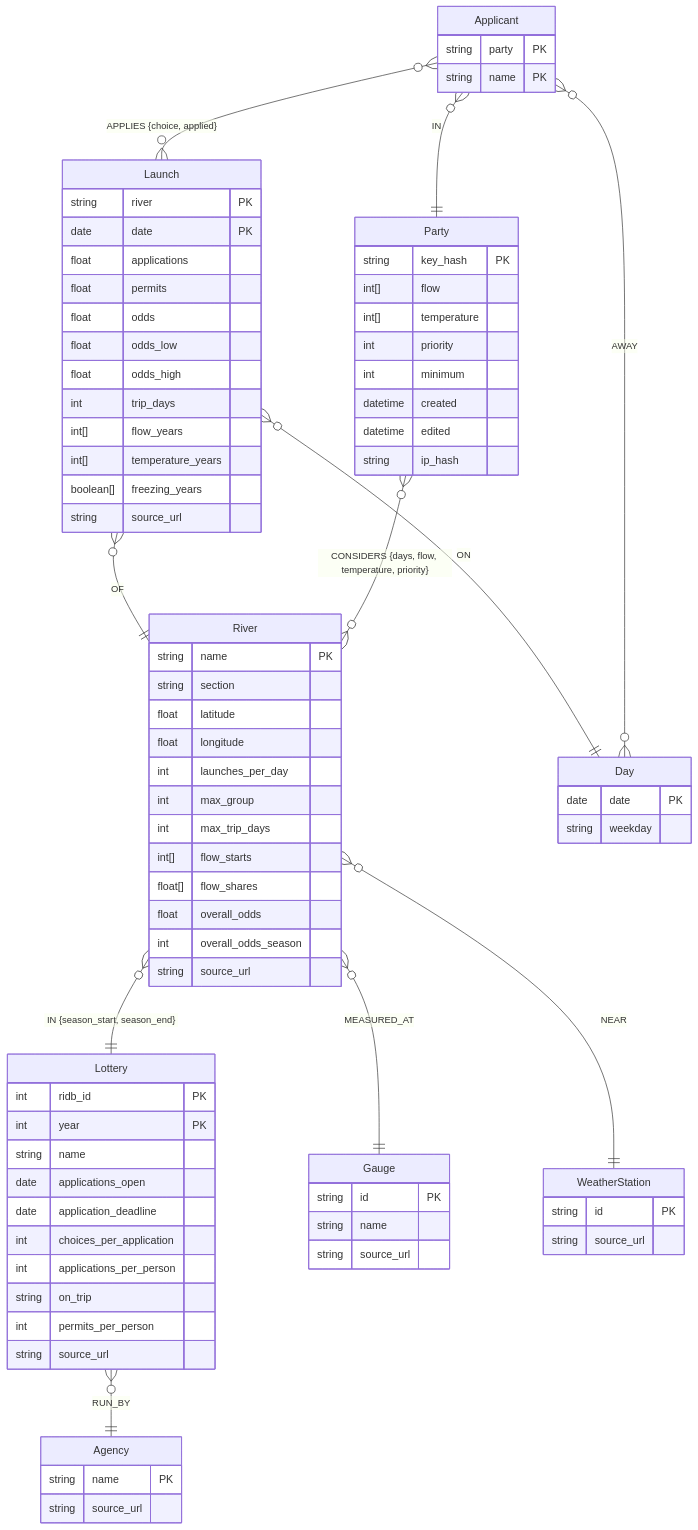
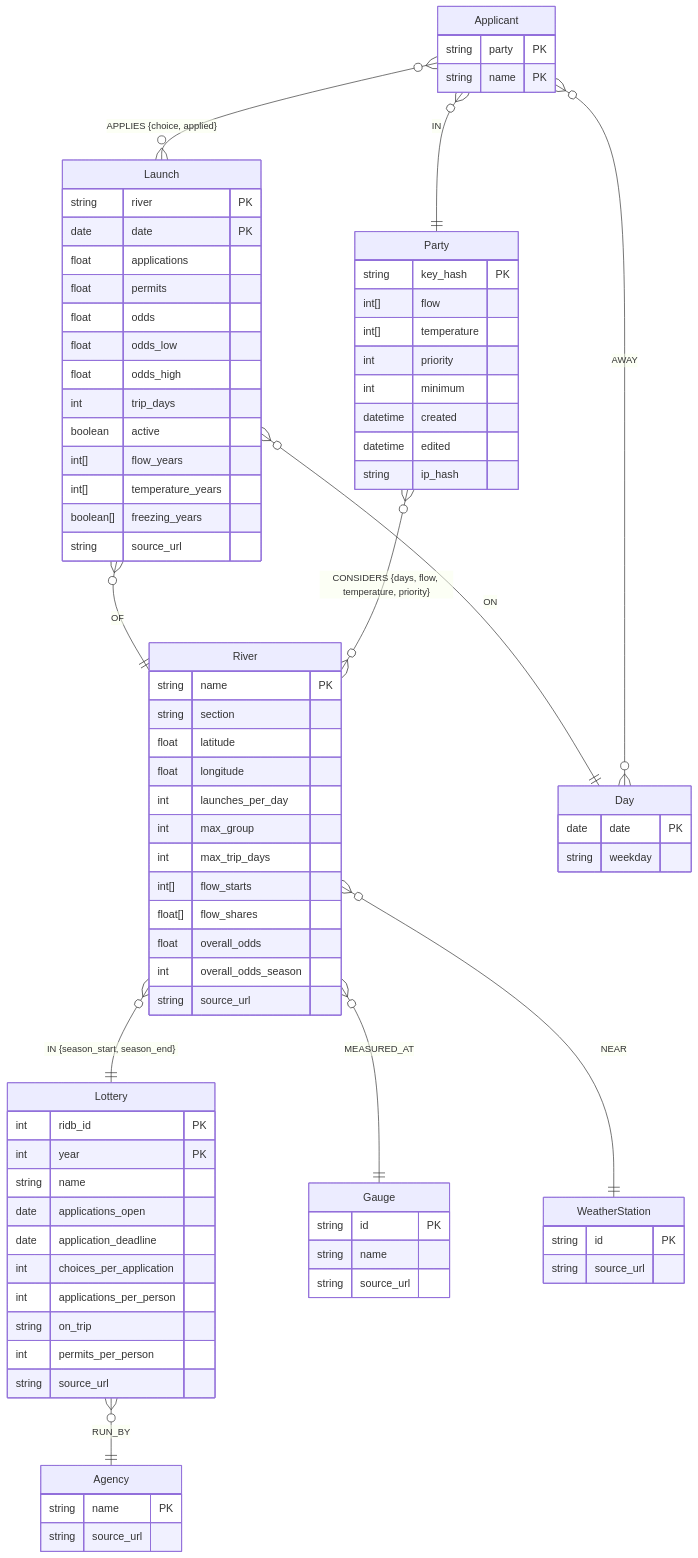
One commit to gen-omix/max-float changed the diagram in src/max_float/graph/README.md. Above: the diagram before and after it, drawn with Mermaid. The commit also changed other lines of this file and 5 other files, not shown here.

```diff
--- a/src/max_float/graph/README.md
+++ b/src/max_float/graph/README.md
@@ -68,6 +68,7 @@
     float odds_low
     float odds_high
     int trip_days
+    boolean active
     int[] flow_years
     int[] temperature_years
     boolean[] freezing_years
```
